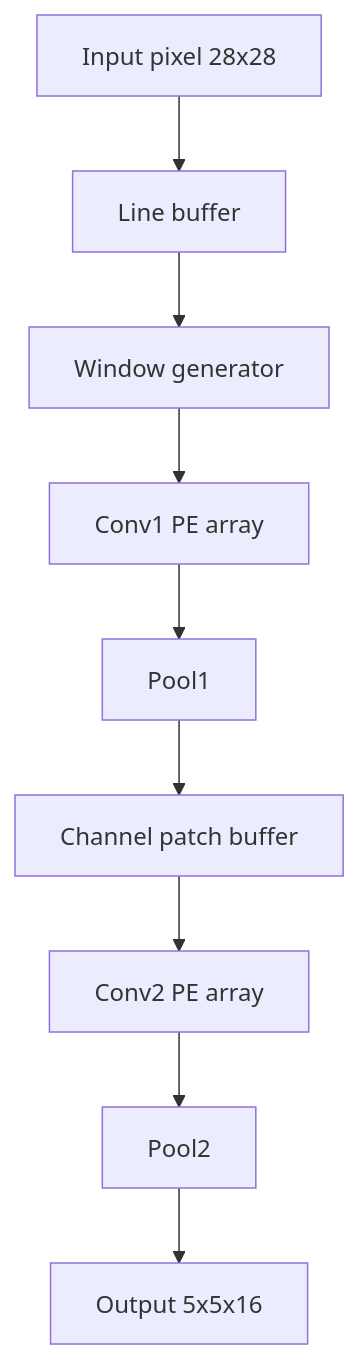
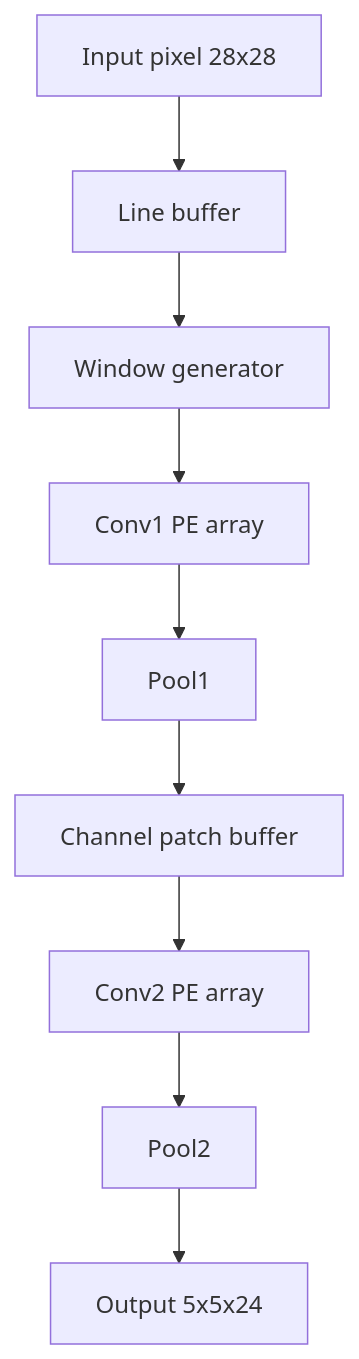
Before and after one commit to ThaoVVPTIT/Group4: the fourth of 4 diagrams in README.md, drawn with Mermaid. The commit also changed other lines of this file, not shown here.

````diff
--- a/README.md
+++ b/README.md
@@ -416,11 +416,11 @@
 ```mermaid
 flowchart TD
     A[Input pixel 28x28] --> B[Line buffer]
     B --> C[Window generator]
     C --> D[Conv1 PE array]
     D --> E[Pool1]
     E --> F[Channel patch buffer]
     F --> G[Conv2 PE array]
     G --> H[Pool2]
-    H --> I[Output 5x5x16]
+    H --> I[Output 5x5x24]
 ```
````
